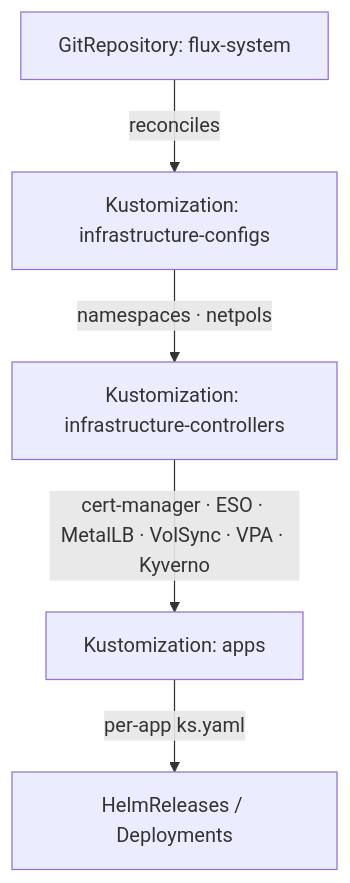
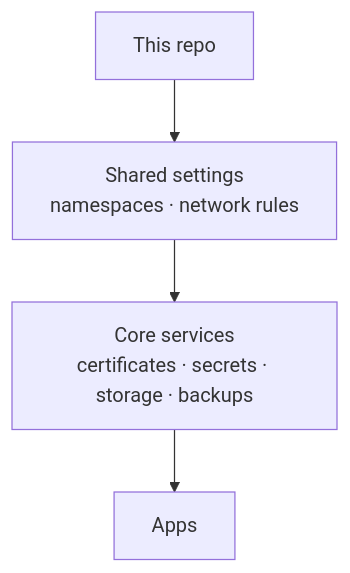
The first of 2 diagrams in README.md (gabroz42/k-homelab), drawn with Mermaid before and after one commit. The commit also changed other lines of this file and 6 other files, not shown here.

````diff
--- a/README.md
+++ b/README.md
@@ -61,7 +56,6 @@
 ```mermaid
 graph TD
-    A[GitRepository: flux-system] -->|reconciles| B[Kustomization: infrastructure-configs]
-    B -->|namespaces · netpols| C[Kustomization: infrastructure-controllers]
-    C -->|cert-manager · ESO · MetalLB · VolSync · VPA · Kyverno| D[Kustomization: apps]
-    D -->|per-app ks.yaml| E[HelmReleases / Deployments]
+    A[This repo] --> B[Shared settings<br/>namespaces · network rules]
+    B --> C[Core services<br/>certificates · secrets · storage · backups]
+    C --> D[Apps]
 ```
````
